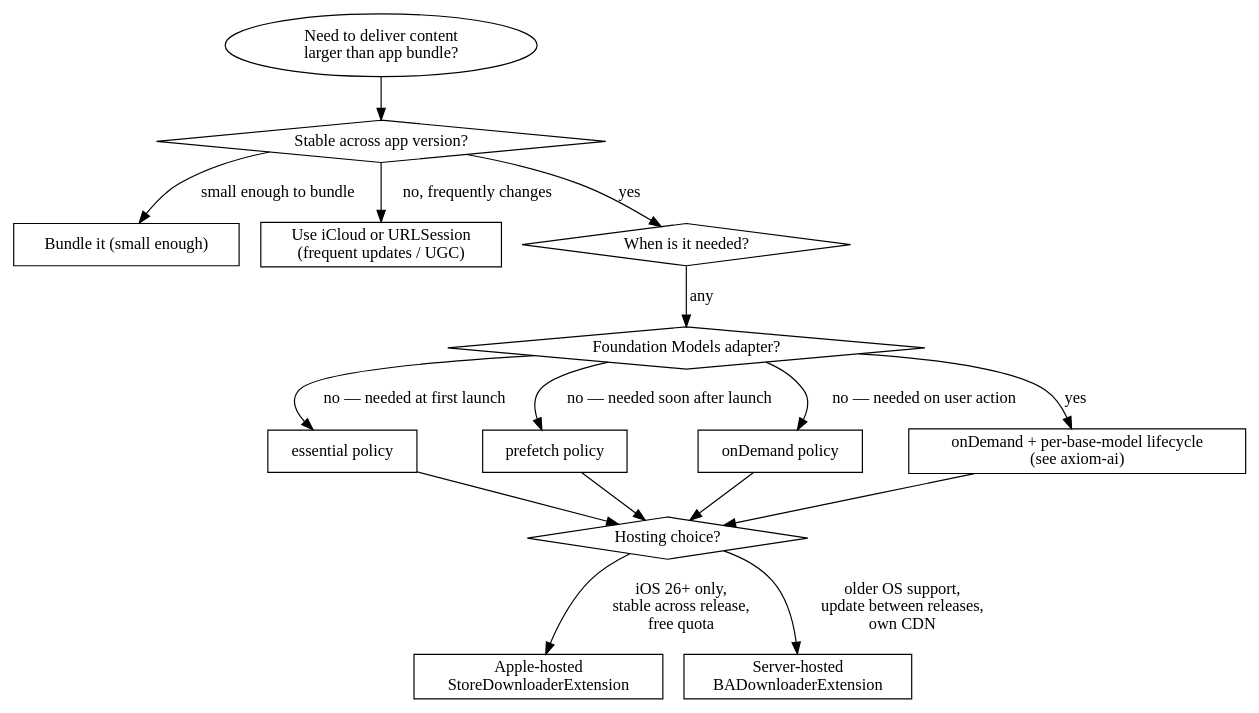
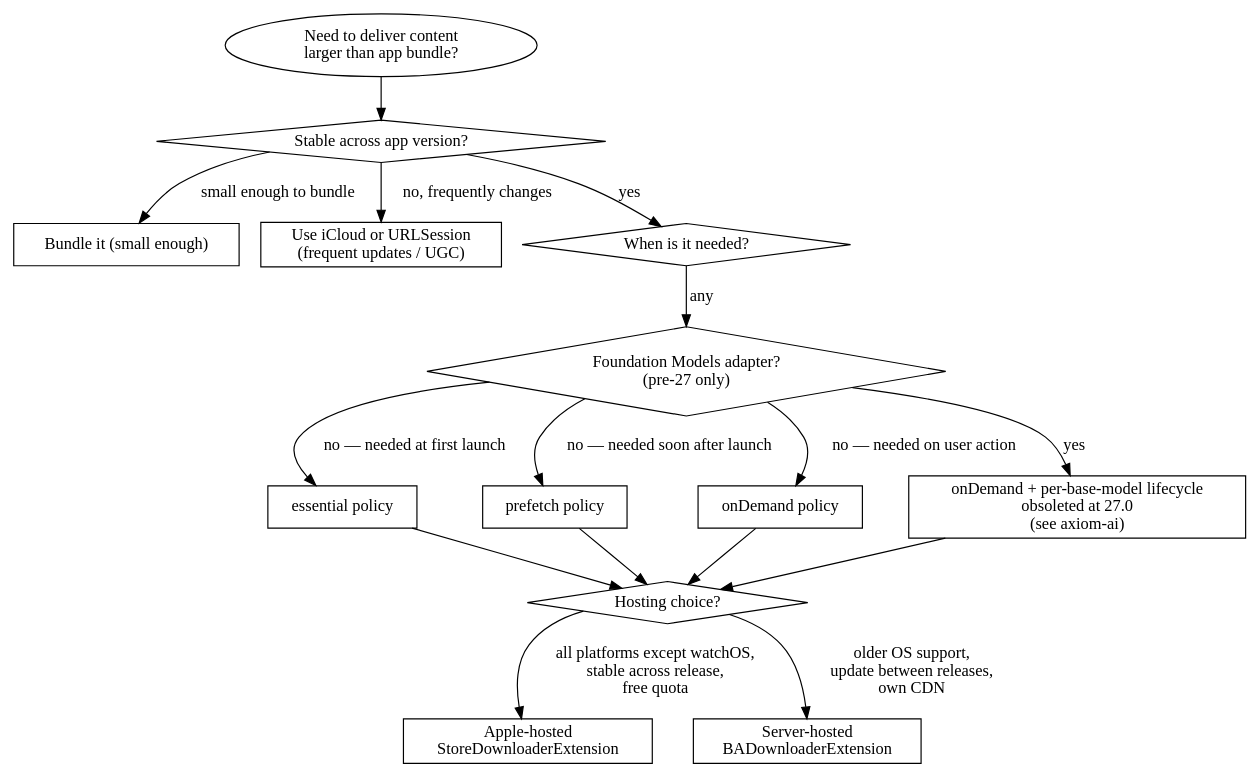
Before and after one commit to CharlesWiltgen/Axiom: the diagram in .claude-plugin/plugins/axiom/skills/axiom-integration/skills/background-assets.md, drawn with Graphviz. The commit also changed other lines of this file and 161 other files, not shown here.

````diff
--- a/.claude-plugin/plugins/axiom/skills/axiom-integration/skills/background-assets.md
+++ b/.claude-plugin/plugins/axiom/skills/axiom-integration/skills/background-assets.md
@@ -132,36 +132,36 @@
 ```dot
 digraph background_assets {
     start [label="Need to deliver content\nlarger than app bundle?" shape=ellipse];
     ba_or_not [label="Stable across app version?" shape=diamond];
     bundle [label="Bundle it (small enough)" shape=box];
     other [label="Use iCloud or URLSession\n(frequent updates / UGC)" shape=box];
     when [label="When is it needed?" shape=diamond];
     essential [label="essential policy" shape=box];
     prefetch [label="prefetch policy" shape=box];
     on_demand [label="onDemand policy" shape=box];
     hosting [label="Hosting choice?" shape=diamond];
     apple_hosted [label="Apple-hosted\nStoreDownloaderExtension" shape=box];
     server_hosted [label="Server-hosted\nBADownloaderExtension" shape=box];
-    fm_adapter [label="Foundation Models adapter?" shape=diamond];
-    fm_pattern [label="onDemand + per-base-model lifecycle\n(see axiom-ai)" shape=box];
+    fm_adapter [label="Foundation Models adapter?\n(pre-27 only)" shape=diamond];
+    fm_pattern [label="onDemand + per-base-model lifecycle\nobsoleted at 27.0\n(see axiom-ai)" shape=box];
 
     start -> ba_or_not;
     ba_or_not -> when [label="yes"];
     ba_or_not -> other [label="no, frequently changes"];
     ba_or_not -> bundle [label="small enough to bundle"];
 
     when -> fm_adapter [label="any"];
     fm_adapter -> fm_pattern [label="yes"];
     fm_adapter -> essential [label="no — needed at first launch"];
     fm_adapter -> prefetch [label="no — needed soon after launch"];
     fm_adapter -> on_demand [label="no — needed on user action"];
 
     essential -> hosting;
     prefetch -> hosting;
     on_demand -> hosting;
     fm_pattern -> hosting;
 
-    hosting -> apple_hosted [label="iOS 26+ only,\nstable across release,\nfree quota"];
+    hosting -> apple_hosted [label="all platforms except watchOS,\nstable across release,\nfree quota"];
     hosting -> server_hosted [label="older OS support,\nupdate between releases,\nown CDN"];
 }
 ```
````
